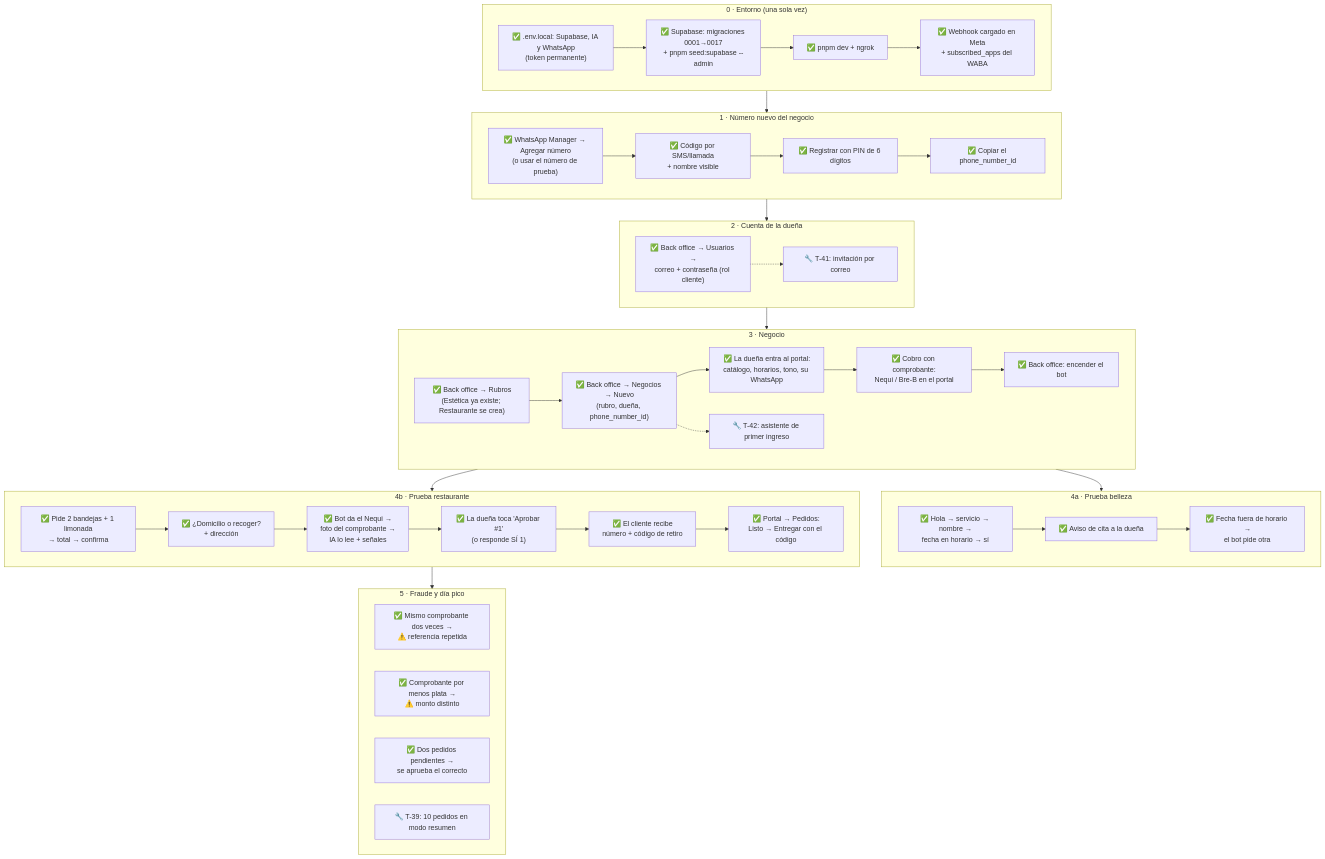
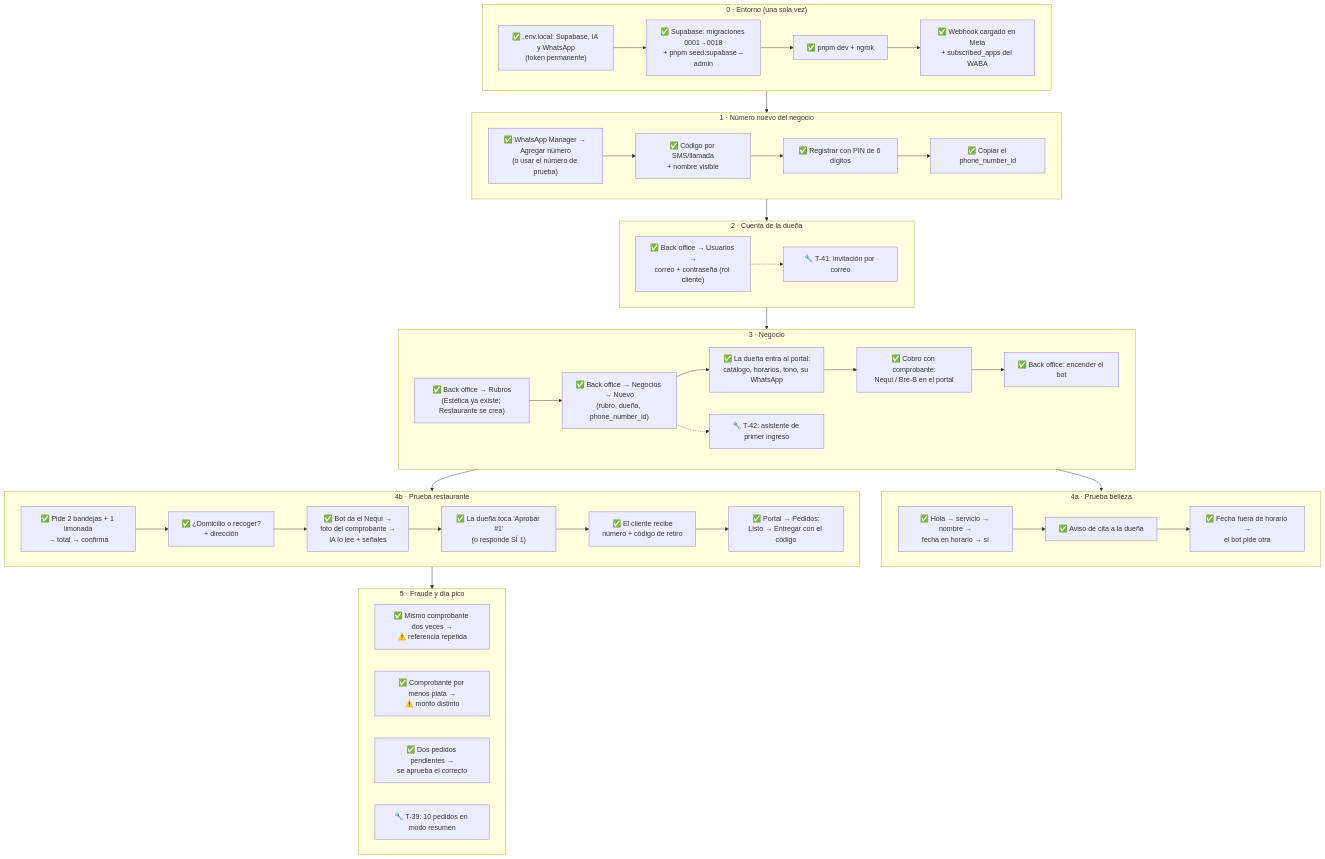
One commit to daniell41-dev/client-automation-bot changed the diagram in docs/17-prueba-local.md. Above: the diagram before and after it, drawn with Mermaid. The commit also changed other lines of this file and 11 other files, not shown here.

````diff
--- a/docs/17-prueba-local.md
+++ b/docs/17-prueba-local.md
@@ -18,54 +18,54 @@
 ```mermaid
 flowchart TD
   subgraph E["0 · Entorno (una sola vez)"]
-    E1["✅ .env.local: Supabase, IA y WhatsApp<br/>(token permanente)"] --> E2["✅ Supabase: migraciones 0001→0017<br/>+ pnpm seed:supabase --admin"]
+    E1["✅ .env.local: Supabase, IA y WhatsApp<br/>(token permanente)"] --> E2["✅ Supabase: migraciones 0001→0018<br/>+ pnpm seed:supabase --admin"]
     E2 --> E3["✅ pnpm dev + ngrok"]
     E3 --> E4["✅ Webhook cargado en Meta<br/>+ subscribed_apps del WABA"]
   end
 
   subgraph T["1 · Número nuevo del negocio"]
     T1["✅ WhatsApp Manager → Agregar número<br/>(o usar el número de prueba)"] --> T2["✅ Código por SMS/llamada<br/>+ nombre visible"]
     T2 --> T3["✅ Registrar con PIN de 6 dígitos"]
     T3 --> T4["✅ Copiar el phone_number_id"]
   end
 
   subgraph U["2 · Cuenta de la dueña"]
     U1["✅ Back office → Usuarios →<br/>correo + contraseña (rol cliente)"]
     U2["🔧 T-41: invitación por correo"]
     U1 -.-> U2
   end
 
   subgraph N["3 · Negocio"]
     N0["✅ Back office → Rubros<br/>(Estética ya existe; Restaurante se crea)"] --> N1["✅ Back office → Negocios → Nuevo<br/>(rubro, dueña, phone_number_id)"]
     N1 --> N2["✅ La dueña entra al portal:<br/>catálogo, horarios, tono, su WhatsApp"]
     N2 --> N3["✅ Cobro con comprobante:<br/>Nequi / Bre-B en el portal"]
     N3 --> N5["✅ Back office: encender el bot"]
     N4["🔧 T-42: asistente de primer ingreso"]
     N1 -.-> N4
   end
 
   subgraph B["4a · Prueba belleza"]
     B1["✅ Hola → servicio → nombre →<br/>fecha en horario → sí"] --> B2["✅ Aviso de cita a la dueña"]
     B2 --> B3["✅ Fecha fuera de horario →<br/>el bot pide otra"]
   end
 
   subgraph R["4b · Prueba restaurante"]
     R1["✅ Pide 2 bandejas + 1 limonada<br/>→ total → confirma"] --> R2["✅ ¿Domicilio o recoger?<br/>+ dirección"]
     R2 --> R3["✅ Bot da el Nequi →<br/>foto del comprobante →<br/>IA lo lee + señales"]
     R3 --> R4["✅ La dueña toca 'Aprobar #1'<br/>(o responde SÍ 1)"]
     R4 --> R5["✅ El cliente recibe<br/>número + código de retiro"]
     R5 --> R6["✅ Portal → Pedidos:<br/>Listo → Entregar con el código"]
   end
 
   subgraph F["5 · Fraude y día pico"]
     F1["✅ Mismo comprobante dos veces →<br/>⚠️ referencia repetida"]
     F2["✅ Comprobante por menos plata →<br/>⚠️ monto distinto"]
     F3["✅ Dos pedidos pendientes →<br/>se aprueba el correcto"]
     F4["🔧 T-39: 10 pedidos en modo resumen"]
   end
 
   E --> T --> U --> N
   N --> B
   N --> R
   R --> F
 ```
````
